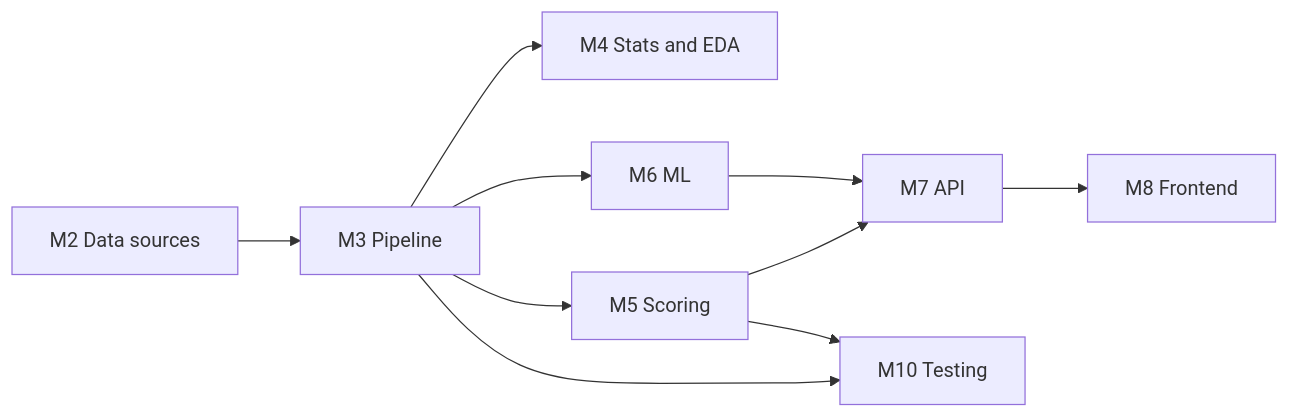
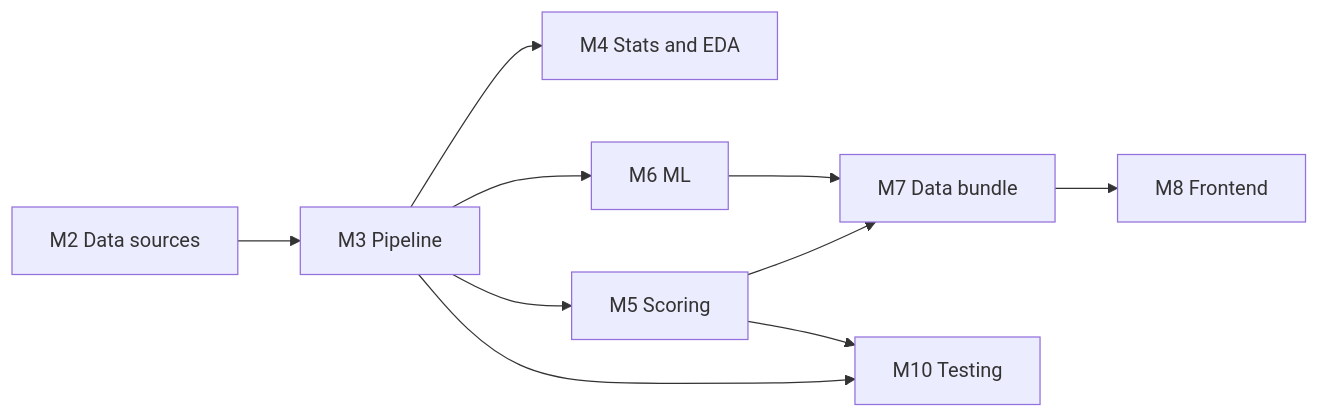
Before and after one commit to PARASMANI-KHUNTE/MCA_DSP_Project_2026: the first of 3 diagrams in India Livability Intelligence System/India Livability Intelligence System.md, drawn with Mermaid. The commit also changed other lines of this file and 52 other files, not shown here.

````diff
--- a/India Livability Intelligence System/India Livability Intelligence System.md
+++ b/India Livability Intelligence System/India Livability Intelligence System.md
@@ -45,12 +47,12 @@
 ```mermaid
 flowchart LR
     M2[M2 Data sources] --> M3[M3 Pipeline]
     M3 --> M4[M4 Stats and EDA]
     M3 --> M5[M5 Scoring]
     M3 --> M6[M6 ML]
-    M5 --> M7[M7 API]
+    M5 --> M7[M7 Data bundle]
     M6 --> M7
     M7 --> M8[M8 Frontend]
     M3 --> M10[M10 Testing]
     M5 --> M10
 ```
````
